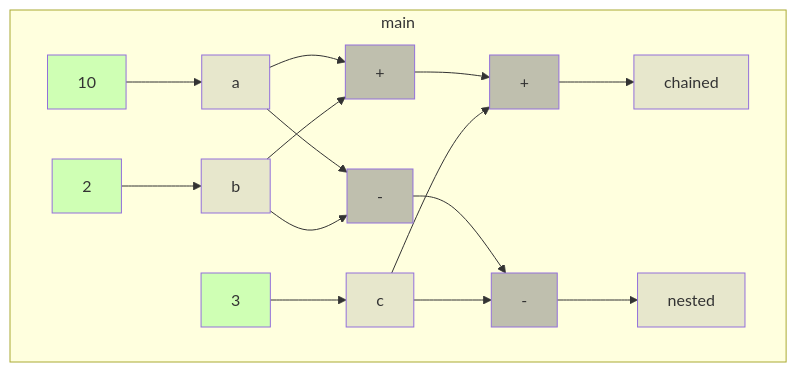
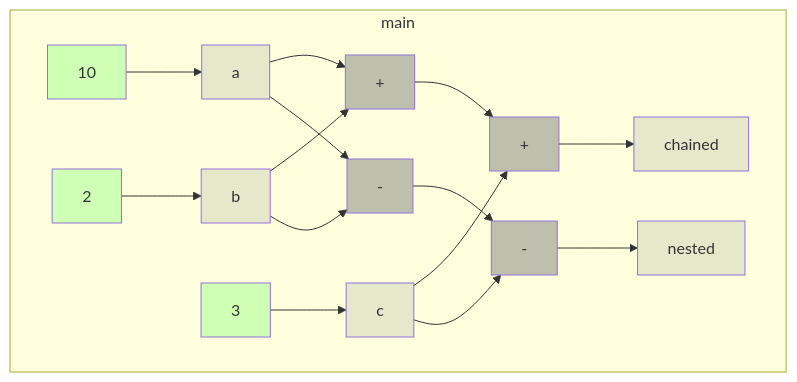
One commit to gstiebler/codeflow changed the diagram in app/src/test/resources/chainedBinOp/spike-truth.md. Above: the diagram before and after it, drawn with Mermaid. The commit also changed 46 other files, not shown here.

````diff
--- a/app/src/test/resources/chainedBinOp/spike-truth.md
+++ b/app/src/test/resources/chainedBinOp/spike-truth.md
@@ -3,37 +3,37 @@
 ```mermaid
 flowchart TD
   subgraph m0["main"]
     n0["+"]:::BIN_OP
     n1["+"]:::BIN_OP
     n2["-"]:::BIN_OP
     n3["-"]:::BIN_OP
     n4["10"]:::LITERAL
     n5["2"]:::LITERAL
     n6["3"]:::LITERAL
     n7["a"]:::VARIABLE
     n8["b"]:::VARIABLE
-    n9["c"]:::VARIABLE
-    n10["chained"]:::VARIABLE
+    n9["chained"]:::VARIABLE
+    n10["c"]:::VARIABLE
     n11["nested"]:::VARIABLE
   end
-  n0 --> n10
+  n0 --> n9
   n1 --> n0
+  n10 --> n0
+  n10 --> n2
   n2 --> n11
   n3 --> n2
   n4 --> n7
   n5 --> n8
-  n6 --> n9
+  n6 --> n10
   n7 --> n1
   n7 --> n3
   n8 --> n1
   n8 --> n3
-  n9 --> n0
-  n9 --> n2
   classDef LITERAL fill:#00FF0030
   classDef VARIABLE fill:#80808030
   classDef BIN_OP fill:#80808080
   classDef FUNC_PARAM fill:#8080FF30
   classDef RETURN fill:#FF808080
   classDef EXTERNAL fill:#FFA50040
   classDef UNMODELLED fill:#FF000030,stroke-dasharray: 4 2
 ```
````
